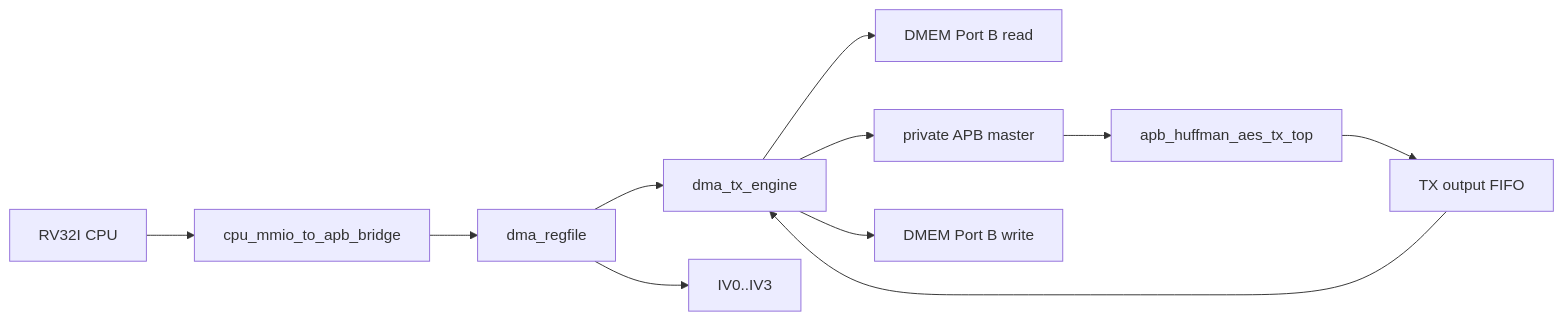
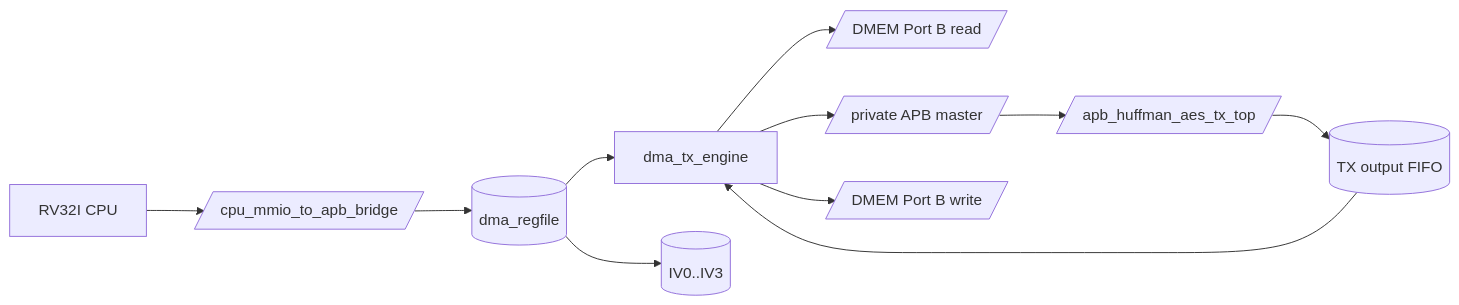
The first of 4 diagrams in docs/tx_path_end_to_end_spec.md (ngoquocan139/AES_huffman_all6), drawn with Mermaid before and after one commit. The commit also changed other lines of this file and 28 other files, not shown here.

````diff
--- a/docs/tx_path_end_to_end_spec.md
+++ b/docs/tx_path_end_to_end_spec.md
@@ -35,13 +35,13 @@
 ```mermaid
 flowchart LR
-    CPU["RV32I CPU"] --> BR["cpu_mmio_to_apb_bridge"]
-    BR --> REG["dma_regfile"]
+    CPU["RV32I CPU"] --> BR[/"cpu_mmio_to_apb_bridge"/]
+    BR --> REG[("dma_regfile")]
     REG --> TXDMA["dma_tx_engine"]
-    REG --> IV["IV0..IV3"]
-    TXDMA --> DMEMR["DMEM Port B read"]
-    TXDMA --> TXAPB["private APB master"]
-    TXAPB --> TXTOP["apb_huffman_aes_tx_top"]
-    TXTOP --> TXFIFO["TX output FIFO"]
+    REG --> IV[("IV0..IV3")]
+    TXDMA --> DMEMR[/"DMEM Port B read"/]
+    TXDMA --> TXAPB[/"private APB master"/]
+    TXAPB --> TXTOP[/"apb_huffman_aes_tx_top"/]
+    TXTOP --> TXFIFO[("TX output FIFO")]
     TXFIFO --> TXDMA
-    TXDMA --> DMEMW["DMEM Port B write"]
+    TXDMA --> DMEMW[/"DMEM Port B write"/]
 ```
````
